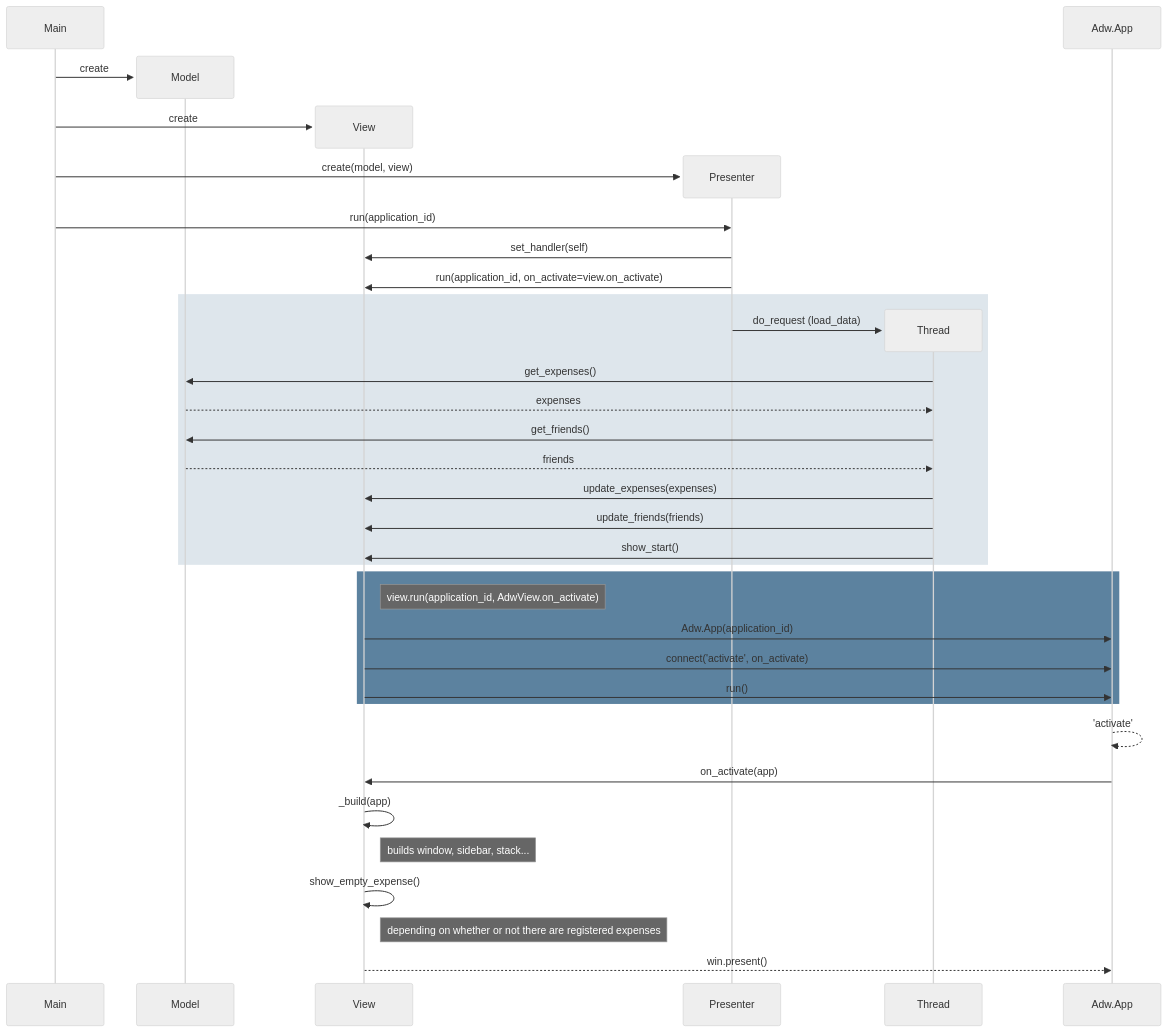
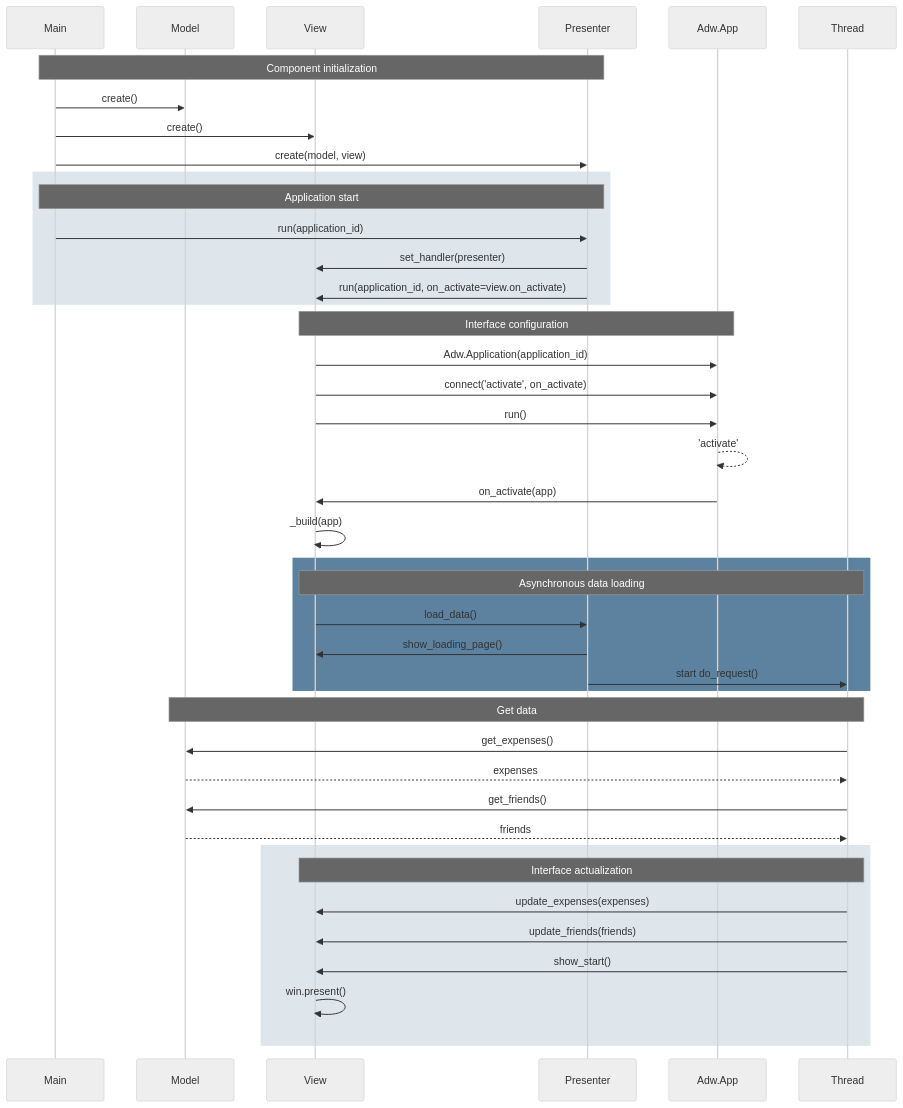
Before and after one commit to alexborrazasm/ipm: the second of 4 diagrams in diseños/diseño_sw.md, drawn with Mermaid (neutral theme).

Commit message:
[DISEÑOS] actualizado diagrama de secuencia Init

````diff
--- a/diseños/diseño_sw.md
+++ b/diseños/diseño_sw.md
@@ -142,42 +142,51 @@
 ```mermaid
 sequenceDiagram
     participant app as Main
-    create participant model as Model
-    app ->> model: create
+    participant model as Model
+    participant view as View
+    participant presenter as Presenter
+    participant adw as Adw.App
+    participant thread as Thread
 
-    create participant view as View
-    app ->> view: create
-    create participant Presenter
-    app ->> Presenter: create(model, view)
-    app ->> Presenter: run(application_id)
-    Presenter ->> view : set_handler(self)  
-    Presenter ->> view : run(application_id, on_activate=view.on_activate)
+    note over app,presenter: Component initialization
+    app->>model: create()
+    app->>view: create()
+    app->>presenter: create(model, view)
 
     rect rgba(92, 130, 159, 0.2)
-        create participant Thread
-        Presenter ->> Thread: do_request (load_data)
-        Thread ->> model: get_expenses()
-        model -->> Thread: expenses
-        Thread ->> model: get_friends()
-        model -->> Thread: friends
-        Thread ->> view : update_expenses(expenses)
-        Thread ->> view : update_friends(friends)
-        
-        Thread ->> view : show_start()
+    note over app,presenter: Application start
+    app->>presenter: run(application_id)
+    presenter->>view: set_handler(presenter)
+    presenter->>view: run(application_id, on_activate=view.on_activate)
     end
 
+    note over view,adw: Interface configuration
+    view->>adw: Adw.Application(application_id)
+    view->>adw: connect('activate', on_activate)
+    view->>adw: run()
+    adw-->>adw: 'activate'
+    adw->>view: on_activate(app)
+    view->>view: _build(app)
+
     rect rgba(92, 130, 159, 1)
-        create participant adw as Adw.App
-        note right of view: view.run(application_id, AdwView.on_activate)
-        view ->> adw : Adw.App(application_id)
-        view ->> adw : connect('activate', on_activate)
-        view ->> adw : run()
+    note over view,thread: Asynchronous data loading
+    view->>presenter: load_data()
+    presenter->>view: show_loading_page()
+    presenter->>thread: start do_request()
     end
-    adw -->> adw: 'activate'
-    adw ->> view : on_activate(app)
-    view ->> view : _build(app)
-    Note right of view: builds window, sidebar, stack...
-    view->>view: show_empty_expense()
-    Note right of view: depending on whether or not there are registered expenses
-    view-->>adw: win.present()
+
+    note over thread,model: Get data
+    thread->>model: get_expenses()
+    model-->>thread: expenses
+    thread->>model: get_friends()
+    model-->>thread: friends
+
+    rect rgba(92, 130, 159, 0.2)
+    note over thread,view: Interface actualization
+    thread->>view: update_expenses(expenses)
+    thread->>view: update_friends(friends)
+    thread->>view: show_start()
+    view->>view: win.present()
+    end
+
 ```
````
